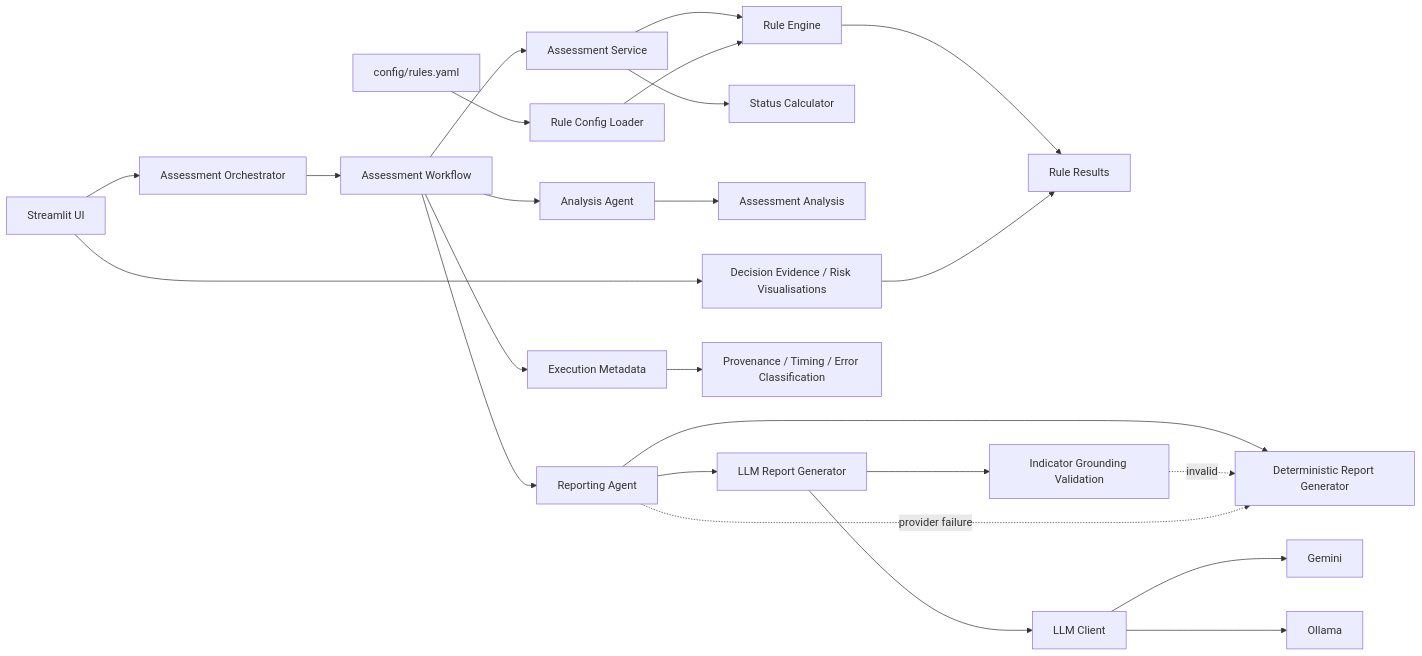
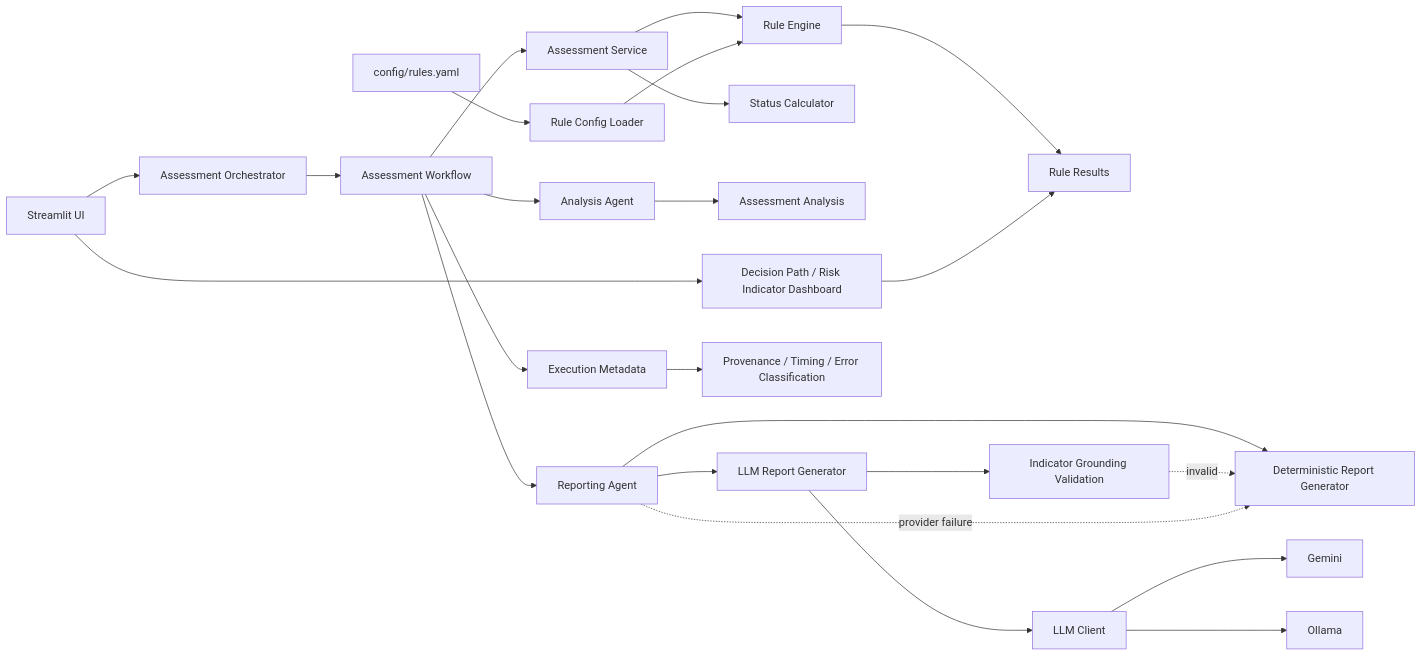
The diagram in docs/architecture-decisions.md (danielematix67-boop/credit-assessment-system), drawn with Mermaid before and after one commit. The commit also changed other lines of this file, not shown here.

Commit message:
docs: update results UI architecture decision

````diff
--- a/docs/architecture-decisions.md
+++ b/docs/architecture-decisions.md
@@ -355,26 +395,26 @@
 ```mermaid
 flowchart LR
     UI[Streamlit UI] --> ORCH[Assessment Orchestrator]
     ORCH --> WF[Assessment Workflow]
     WF --> AS[Assessment Service]
     AS --> RE[Rule Engine]
     RE --> RR[Rule Results]
     AS --> SC[Status Calculator]
     WF --> AA[Analysis Agent]
     AA --> ANA[Assessment Analysis]
     WF --> RP[Reporting Agent]
     RP --> DRG[Deterministic Report Generator]
     RP --> LLMG[LLM Report Generator]
     LLMG --> LC[LLM Client]
     LC --> GEM[Gemini]
     LC --> OLL[Ollama]
     LLMG --> VAL[Indicator Grounding Validation]
     VAL -. invalid .-> DRG
     RP -. provider failure .-> DRG
     WF --> META[Execution Metadata]
     META --> TRACE[Provenance / Timing / Error Classification]
     CFG[config/rules.yaml] --> RCL[Rule Config Loader]
     RCL --> RE
-    UI --> EVID[Decision Evidence / Risk Visualisations]
+    UI --> EVID[Decision Path / Risk Indicator Dashboard]
     EVID --> RR
 ```
````
